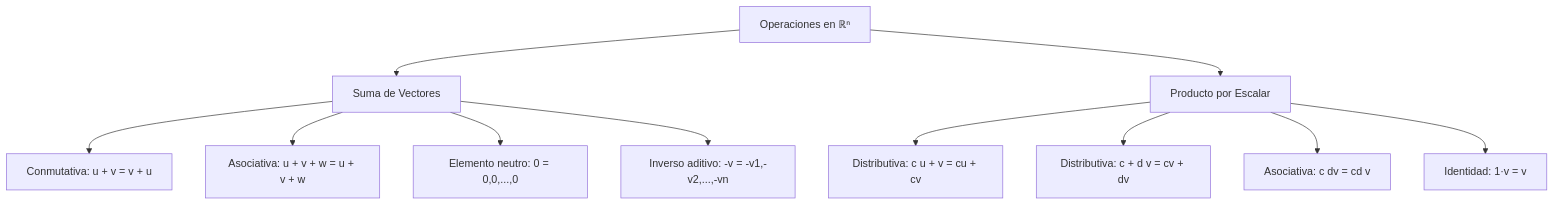
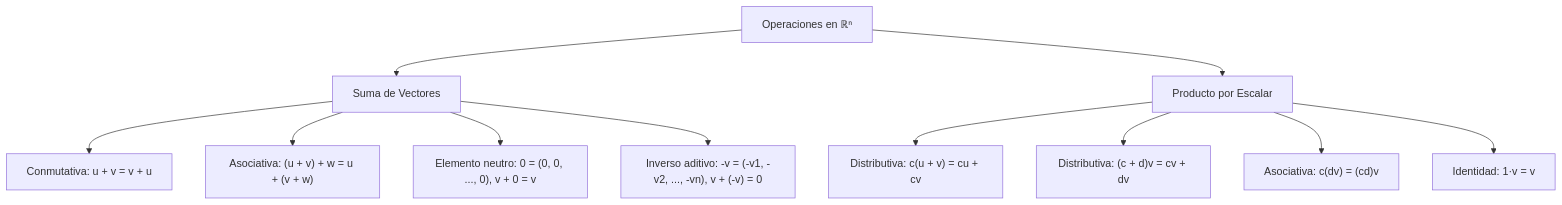
One commit to djaimej/computer-science-template changed the first of 3 diagrams in public/documents/semester-2/4/2411.md. Above: the diagram before and after it, drawn with Mermaid. The commit also changed other lines of this file and 20 other files, not shown here.

````diff
--- a/public/documents/semester-2/4/2411.md
+++ b/public/documents/semester-2/4/2411.md
@@ -31,15 +31,15 @@
 ```mermaid
 flowchart TD
     A[Operaciones en ℝⁿ] --> B[Suma de Vectores]
     A --> C[Producto por Escalar]
 
-    B --> D[Conmutativa: u + v = v + u]
-    B --> E[Asociativa: u + v + w = u + v + w]
-    B --> F[Elemento neutro: 0 = 0,0,...,0]
-    B --> G[Inverso aditivo: -v = -v1,-v2,...,-vn]
+    B --> D["Conmutativa: u + v = v + u"]
+    B --> E["Asociativa: (u + v) + w = u + (v + w)"]
+    B --> F["Elemento neutro: 0 = (0, 0, ..., 0), v + 0 = v"]
+    B --> G["Inverso aditivo: -v = (-v1, -v2, ..., -vn), v + (-v) = 0"]
 
-    C --> H[Distributiva: c u + v = cu + cv]
-    C --> I[Distributiva: c + d v = cv + dv]
-    C --> J[Asociativa: c dv = cd v]
-    C --> K[Identidad: 1·v = v]
+    C --> H["Distributiva: c(u + v) = cu + cv"]
+    C --> I["Distributiva: (c + d)v = cv + dv"]
+    C --> J["Asociativa: c(dv) = (cd)v"]
+    C --> K["Identidad: 1·v = v"]
 ```
````
